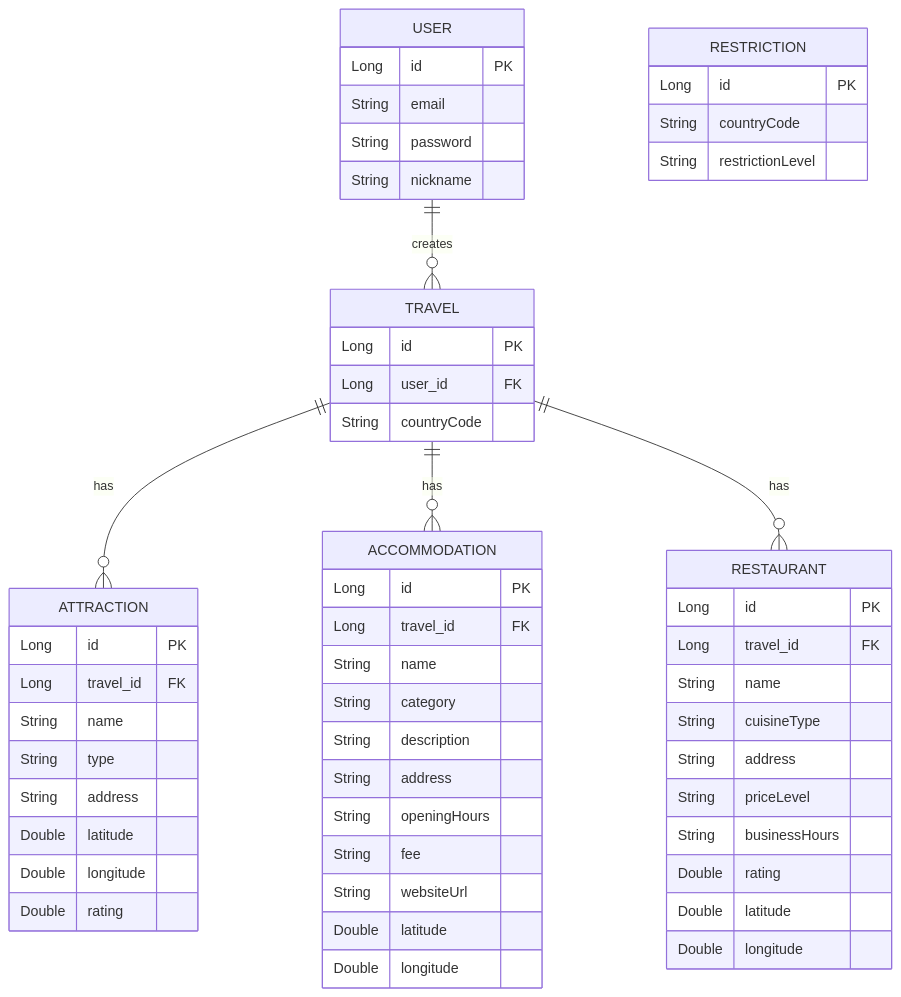
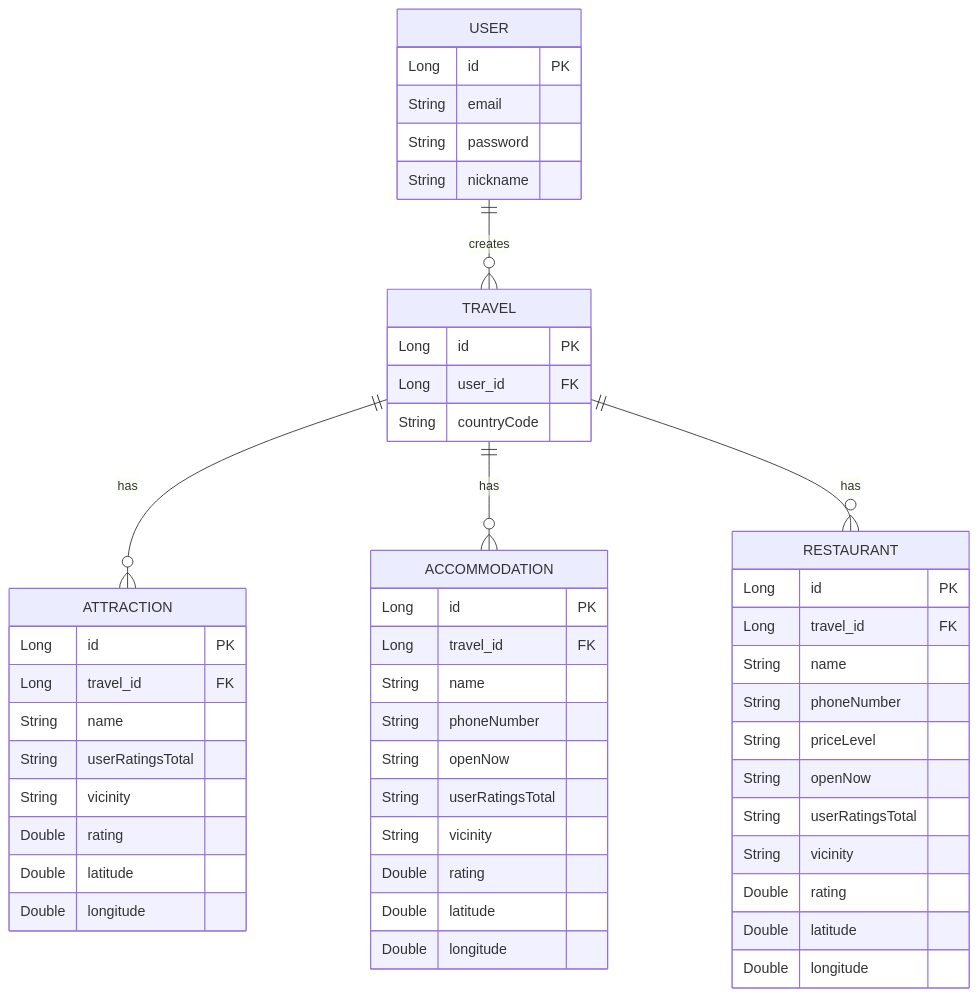
The third of 3 diagrams in 기록/회의기록.md (PPKK-Project/Tlan), drawn with Mermaid before and after one commit. The commit also changed other lines of this file and 3 other files, not shown here.

````diff
--- a/기록/회의기록.md
+++ b/기록/회의기록.md
@@ -316,64 +316,59 @@
 ```mermaid
 erDiagram
     USER {
         Long id PK
         String email
         String password
         String nickname
     }
 
     TRAVEL {
         Long id PK
         Long user_id FK
         String countryCode
     }
 
     ATTRACTION {
         Long id PK
         Long travel_id FK
         String name
-        String type
-        String address
+        String userRatingsTotal
+        String vicinity
+        Double rating
         Double latitude
         Double longitude
-        Double rating
     }
 
     ACCOMMODATION {
         Long id PK
         Long travel_id FK
         String name
-        String category
-        String description
-        String address
-        String openingHours
-        String fee
-        String websiteUrl
+        String phoneNumber
+        String openNow
+        String userRatingsTotal
+        String vicinity
+        Double rating
         Double latitude
         Double longitude
     }
 
     RESTAURANT {
         Long id PK
         Long travel_id FK
         String name
-        String cuisineType
-        String address
+        String phoneNumber
         String priceLevel
-        String businessHours
+        String openNow
+        String userRatingsTotal
+        String vicinity
         Double rating
         Double latitude
         Double longitude
     }
 
-    RESTRICTION {
-        Long id PK
-        String countryCode
-        String restrictionLevel
-    }
 
     USER ||--o{ TRAVEL : "creates"
     TRAVEL ||--o{ ATTRACTION : "has"
     TRAVEL ||--o{ ACCOMMODATION : "has"
     TRAVEL ||--o{ RESTAURANT : "has"
 ```
````
